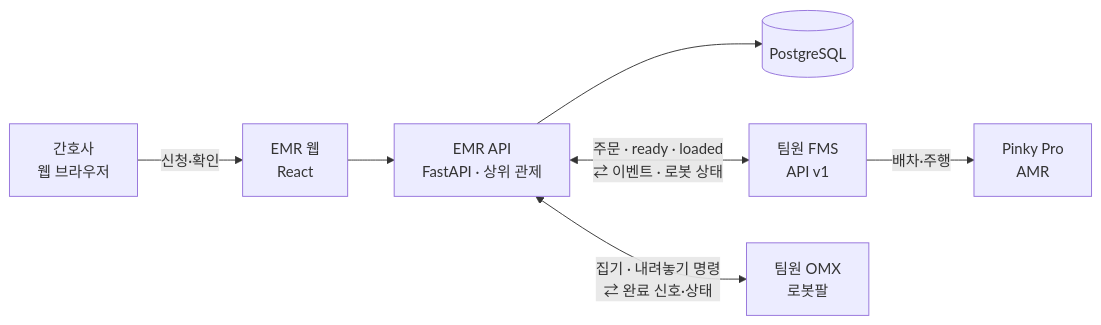
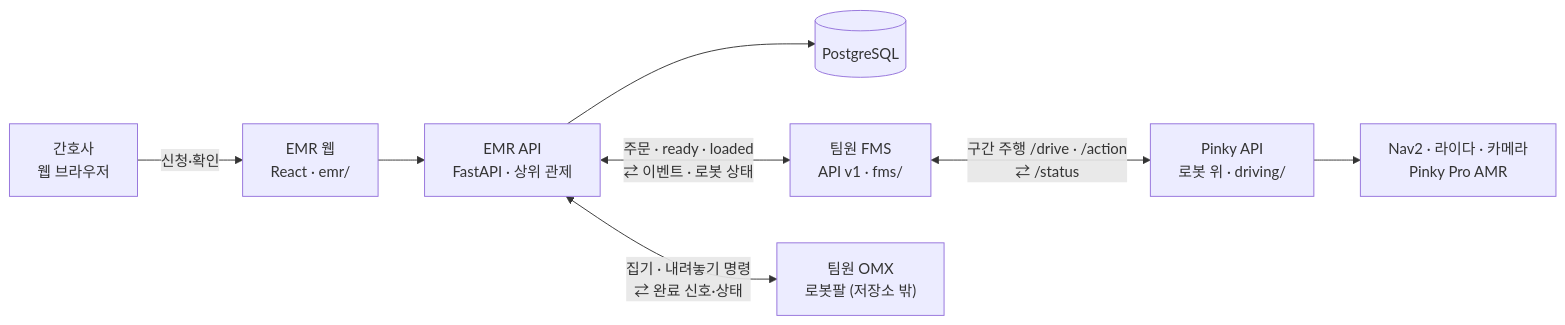
Before and after one commit to kernel-robot-9th/kernel-robot-repo-2: the diagram in README.md, drawn with Mermaid. The commit also changed other lines of this file and 3 other files, not shown here.

Commit message:
문서: SW 3계층 구조도·README 갱신(10-30)

````diff
--- a/README.md
+++ b/README.md
@@ -9,9 +10,10 @@
 ```mermaid
 flowchart LR
-  N["간호사<br/>웹 브라우저"] -->|신청·확인| W["EMR 웹<br/>React"]
+  N["간호사<br/>웹 브라우저"] -->|신청·확인| W["EMR 웹<br/>React · emr/"]
   W --> A["EMR API<br/>FastAPI · 상위 관제"]
   A --> D[("PostgreSQL")]
-  A <-->|"주문 · ready · loaded<br/>⇄ 이벤트 · 로봇 상태"| X["팀원 FMS<br/>API v1"]
-  X -->|배차·주행| P["Pinky Pro<br/>AMR"]
-  A <-->|"집기 · 내려놓기 명령<br/>⇄ 완료 신호·상태"| O["팀원 OMX<br/>로봇팔"]
+  A <-->|"주문 · ready · loaded<br/>⇄ 이벤트 · 로봇 상태"| X["팀원 FMS<br/>API v1 · fms/"]
+  X <-->|"구간 주행 /drive · /action<br/>⇄ /status"| K["Pinky API<br/>로봇 위 · driving/"]
+  K --> P["Nav2 · 라이다 · 카메라<br/>Pinky Pro AMR"]
+  A <-->|"집기 · 내려놓기 명령<br/>⇄ 완료 신호·상태"| O["팀원 OMX<br/>로봇팔 (저장소 밖)"]
 ```
````
